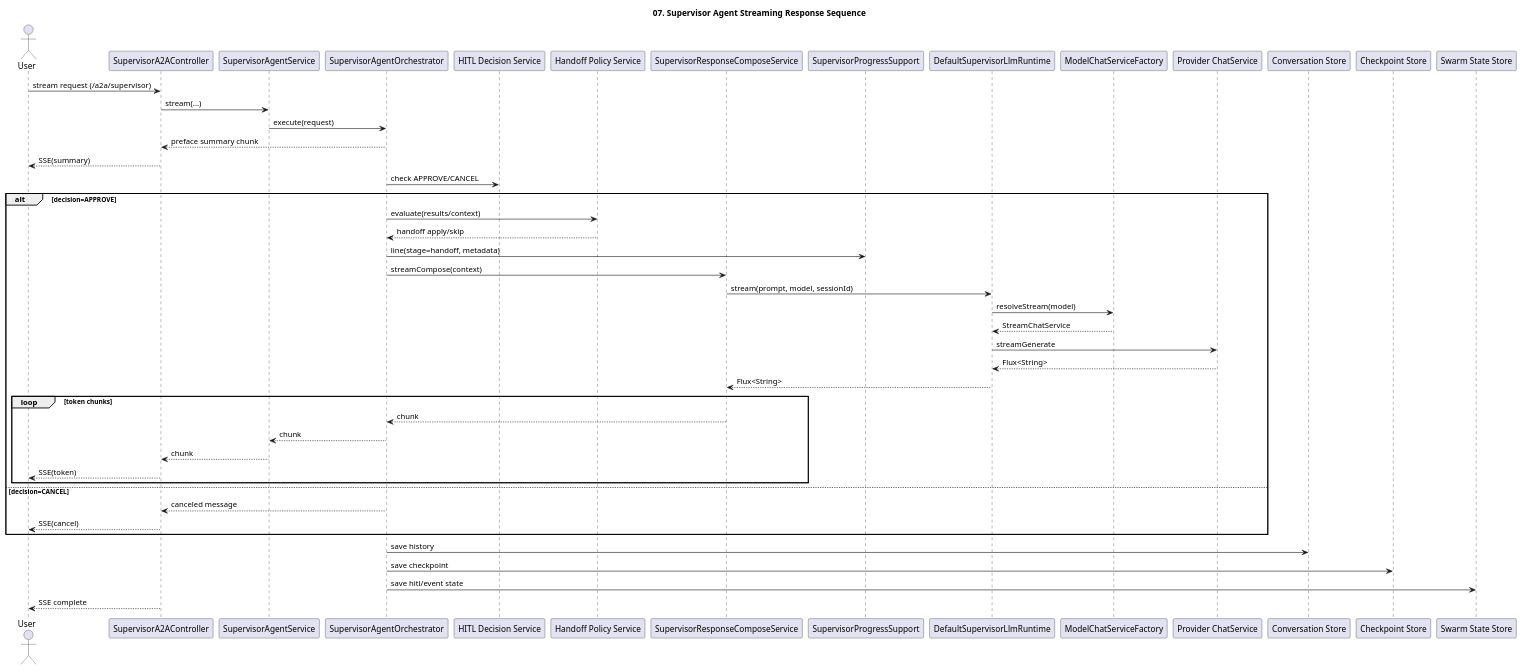
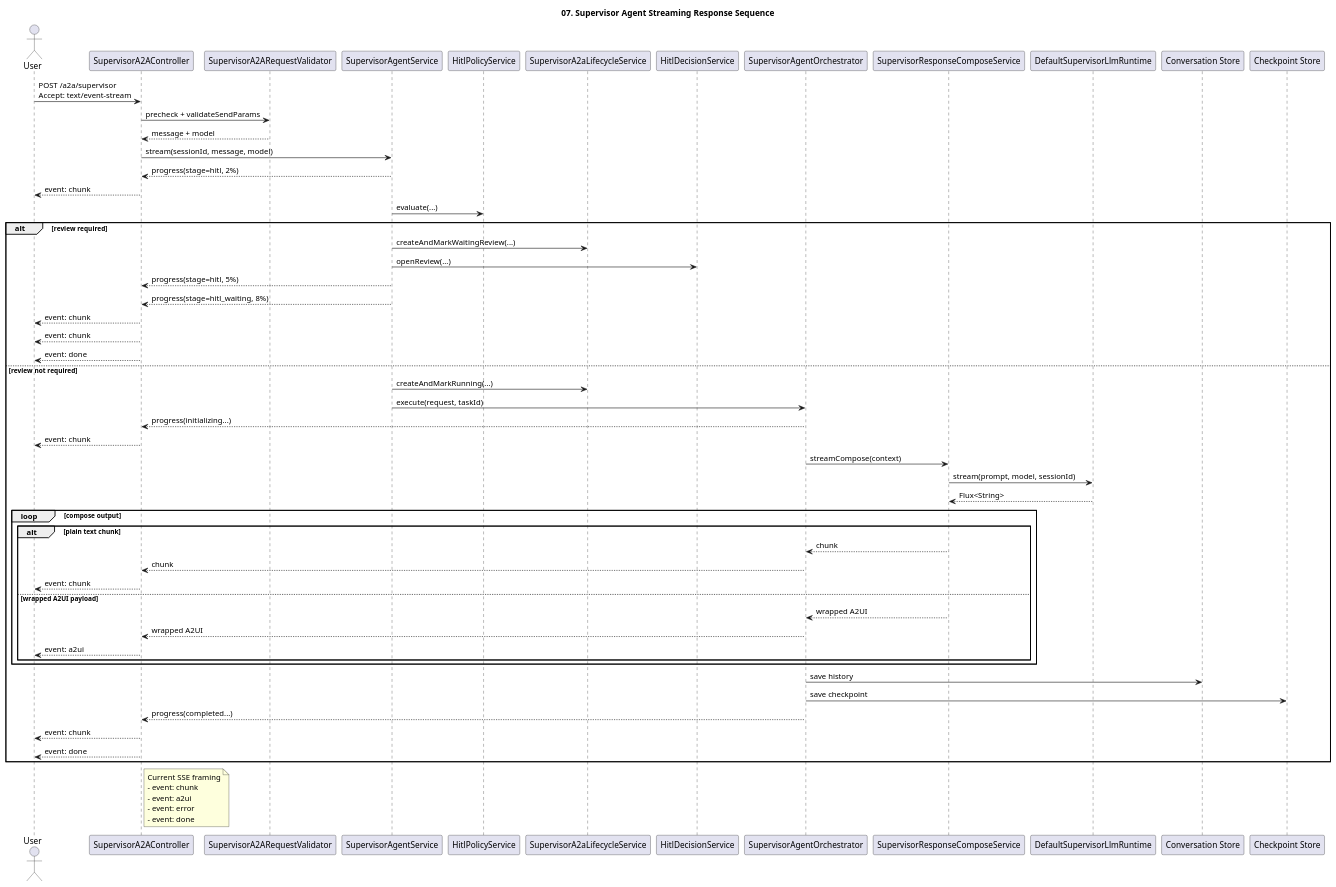
Before and after one commit to kim57uak/spring-ai: the diagram in documents/a2a-host_agent-architecture/07-streaming-response-sequence.puml, drawn with PlantUML. The commit also changed 15 other files, not shown here.

```diff
--- a/documents/a2a-host_agent-architecture/07-streaming-response-sequence.puml
+++ b/documents/a2a-host_agent-architecture/07-streaming-response-sequence.puml
@@ -1,65 +1,72 @@
 @startuml
 !pragma layout smetana
 title 07. Supervisor Agent Streaming Response Sequence
 
 skinparam shadowing false
 
 actor User
 participant "SupervisorA2AController" as Controller
+participant "SupervisorA2ARequestValidator" as Validator
 participant "SupervisorAgentService" as Service
+participant "HitlPolicyService" as HitlPolicy
+participant "SupervisorA2aLifecycleService" as Lifecycle
+participant "HitlDecisionService" as HitlDecision
 participant "SupervisorAgentOrchestrator" as Orchestrator
-participant "HITL Decision Service" as HitlDecision
-participant "Handoff Policy Service" as HandoffPolicy
 participant "SupervisorResponseComposeService" as Composer
-participant "SupervisorProgressSupport" as Progress
 participant "DefaultSupervisorLlmRuntime" as Runtime
-participant "ModelChatServiceFactory" as Factory
-participant "Provider ChatService" as Provider
 participant "Conversation Store" as ConversationStore
 participant "Checkpoint Store" as CheckpointStore
-participant "Swarm State Store" as SwarmStore
 
-User -> Controller : stream request (/a2a/supervisor)
-Controller -> Service : stream(...)
-Service -> Orchestrator : execute(request)
-Orchestrator --> Controller : preface summary chunk
-Controller --> User : SSE(summary)
+User -> Controller : POST /a2a/supervisor\nAccept: text/event-stream
+Controller -> Validator : precheck + validateSendParams
+Validator --> Controller : message + model
+Controller -> Service : stream(sessionId, message, model)
+Service --> Controller : progress(stage=hitl, 2%)
+Controller --> User : event: chunk
 
-Orchestrator -> HitlDecision : check APPROVE/CANCEL
-alt decision=APPROVE
-  Orchestrator -> HandoffPolicy : evaluate(results/context)
-  HandoffPolicy --> Orchestrator : handoff apply/skip
-  Orchestrator -> Progress : line(stage=handoff, metadata)
+Service -> HitlPolicy : evaluate(...)
+alt review required
+  Service -> Lifecycle : createAndMarkWaitingReview(...)
+  Service -> HitlDecision : openReview(...)
+  Service --> Controller : progress(stage=hitl, 5%)
+  Service --> Controller : progress(stage=hitl_waiting, 8%)
+  Controller --> User : event: chunk
+  Controller --> User : event: chunk
+  Controller --> User : event: done
+else review not required
+  Service -> Lifecycle : createAndMarkRunning(...)
+  Service -> Orchestrator : execute(request, taskId)
+  Orchestrator --> Controller : progress(initializing...)
+  Controller --> User : event: chunk
+
   Orchestrator -> Composer : streamCompose(context)
   Composer -> Runtime : stream(prompt, model, sessionId)
-  Runtime -> Factory : resolveStream(model)
-  Factory --> Runtime : StreamChatService
-  Runtime -> Provider : streamGenerate
-  Provider --> Runtime : Flux<String>
   Runtime --> Composer : Flux<String>
 
-  loop token chunks
-    Composer --> Orchestrator : chunk
-    Orchestrator --> Service : chunk
-    Service --> Controller : chunk
-    Controller --> User : SSE(token)
+  loop compose output
+    alt plain text chunk
+      Composer --> Orchestrator : chunk
+      Orchestrator --> Controller : chunk
+      Controller --> User : event: chunk
+    else wrapped A2UI payload
+      Composer --> Orchestrator : wrapped A2UI
+      Orchestrator --> Controller : wrapped A2UI
+      Controller --> User : event: a2ui
+    end
   end
-else decision=CANCEL
-  Orchestrator --> Controller : canceled message
-  Controller --> User : SSE(cancel)
+
+  Orchestrator -> ConversationStore : save history
+  Orchestrator -> CheckpointStore : save checkpoint
+  Orchestrator --> Controller : progress(completed...)
+  Controller --> User : event: chunk
+  Controller --> User : event: done
 end
 
-Orchestrator -> ConversationStore : save history
-Orchestrator -> CheckpointStore : save checkpoint
-Orchestrator -> SwarmStore : save hitl/event state
-Controller --> User : SSE complete
-
-' 2026-04-13 sync with doc 34
-' - stream response path includes handoff evaluate/apply or skip
-' - progress/trace emitted via SupervisorProgressSupport
-' 2026-04-12 sync with docs 30/31
-' - Scope: HITL decision limited to APPROVE/CANCEL in current phase
-' - Data mutation requests (create/update/delete) require mandatory HITL
-' - A2A compatibility mode keeps both legacy and v1.0 methods
-' - User profile input collection is deferred to next phase
+note right of Controller
+Current SSE framing
+- event: chunk
+- event: a2ui
+- event: error
+- event: done
+end note
 @enduml
```
